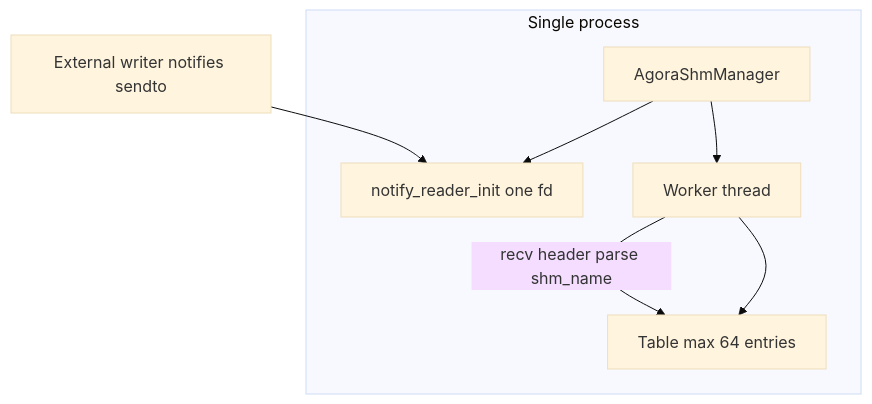
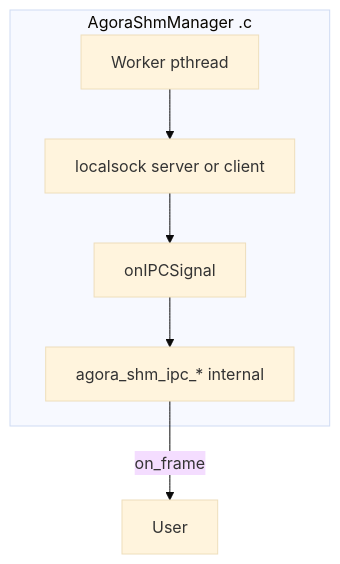
One commit to weihongqin163/shm changed the diagram in PLAN_shm_ipc_manager.md. Above: the diagram before and after it, drawn with Mermaid (base theme). The commit also changed other lines of this file and 16 other files, not shown here.

First line of the commit message:
v2.0: SHM manager over localsocket (WRITECMD, read/write tables, demo)

````diff
--- a/PLAN_shm_ipc_manager.md
+++ b/PLAN_shm_ipc_manager.md
@@ -24,15 +127,13 @@
 ```mermaid
 flowchart TB
-  subgraph proc [Single process]
-    M[AgoraShmManager]
-    N[notify_reader_init one fd]
-    T[Worker thread]
-    Tbl[Table max 64 entries]
+  subgraph mgr [AgoraShmManager .c]
+    LS[localsock server or client]
+    TH[Worker pthread]
+    SIG[onIPCSignal]
+    IPC[agora_shm_ipc_* internal]
   end
-  M --> N
-  M --> T
-  T --> Tbl
-  T -->|"recv header parse shm_name"| Tbl
-  extWriters[External writer notifies sendto]
-  extWriters --> N
+  TH --> LS
+  LS --> SIG
+  SIG --> IPC
+  IPC -->|on_frame| App[User]
 ```
````
